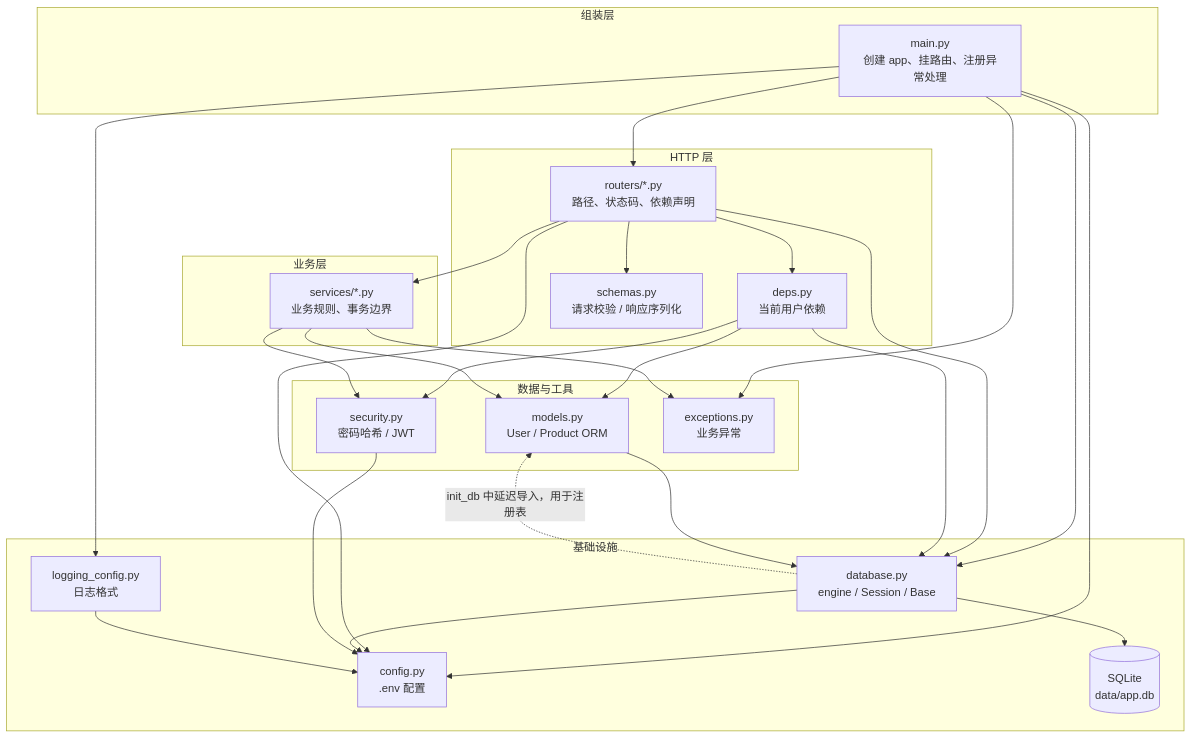
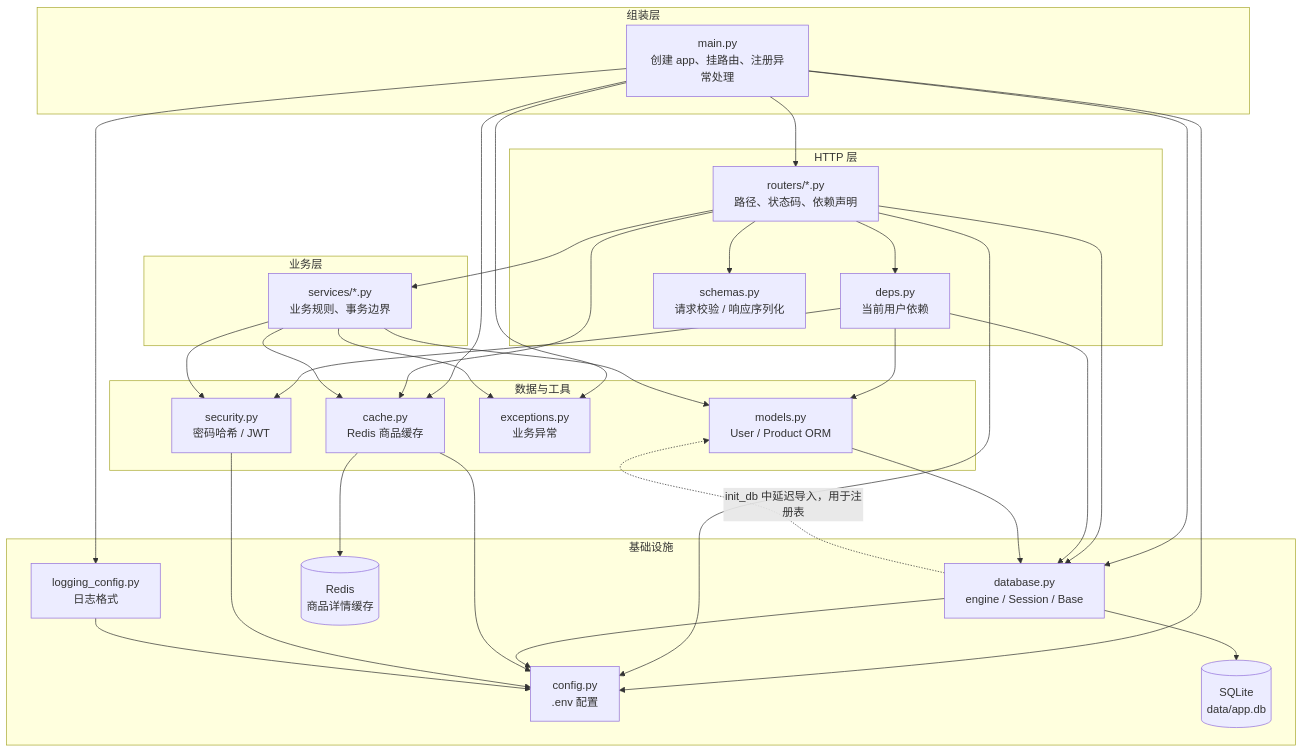
The first of 2 diagrams in docs/00-project-map.md (ImEleven11/MiniMall-Exercise), drawn with Mermaid before and after one commit. The commit also changed other lines of this file and 10 other files, not shown here.

````diff
--- a/docs/00-project-map.md
+++ b/docs/00-project-map.md
@@ -104,56 +105,63 @@
 ```mermaid
 flowchart TD
     subgraph L4["组装层"]
         MAIN["main.py<br/>创建 app、挂路由、注册异常处理"]
     end
 
     subgraph L3["HTTP 层"]
         ROUTERS["routers/*.py<br/>路径、状态码、依赖声明"]
         DEPS["deps.py<br/>当前用户依赖"]
         SCHEMAS["schemas.py<br/>请求校验 / 响应序列化"]
     end
 
     subgraph L2["业务层"]
         SERVICES["services/*.py<br/>业务规则、事务边界"]
     end
 
     subgraph L1["数据与工具"]
         MODELS["models.py<br/>User / Product ORM"]
         SECURITY["security.py<br/>密码哈希 / JWT"]
         EXCEPTIONS["exceptions.py<br/>业务异常"]
+        CACHE["cache.py<br/>Redis 商品缓存"]
     end
 
     subgraph L0["基础设施"]
         DB["database.py<br/>engine / Session / Base"]
         CONFIG["config.py<br/>.env 配置"]
         LOGGING["logging_config.py<br/>日志格式"]
         SQLITE[("SQLite<br/>data/app.db")]
+        REDIS[("Redis<br/>商品详情缓存")]
     end
 
     MAIN --> ROUTERS
     MAIN --> DB
     MAIN --> EXCEPTIONS
     MAIN --> LOGGING
     MAIN --> CONFIG
+    MAIN --> CACHE
 
     ROUTERS --> SCHEMAS
     ROUTERS --> SERVICES
     ROUTERS --> DEPS
     ROUTERS --> DB
     ROUTERS --> CONFIG
+    ROUTERS --> CACHE
 
     DEPS --> DB
     DEPS --> MODELS
     DEPS --> SECURITY
 
     SERVICES --> MODELS
     SERVICES --> SECURITY
     SERVICES --> EXCEPTIONS
+    SERVICES --> CACHE
 
     MODELS --> DB
     DB --> SQLITE
     DB --> CONFIG
     DB -. "init_db 中延迟导入，用于注册表" .-> MODELS
+    CACHE --> REDIS
+    CACHE --> CONFIG
     SECURITY --> CONFIG
     LOGGING --> CONFIG
 ```
````
